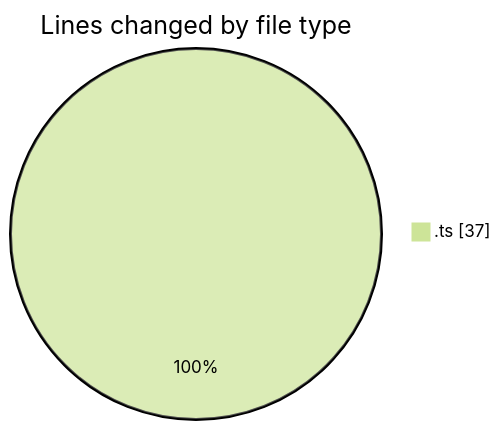
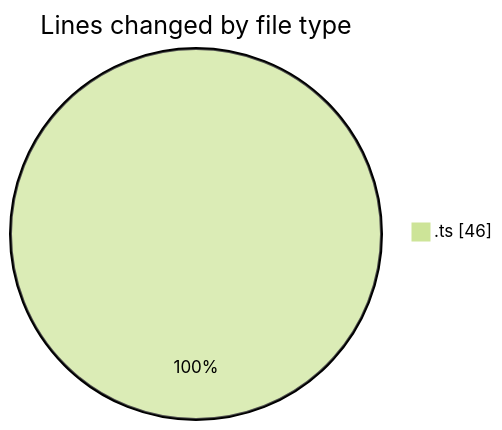
The first of 2 diagrams in 2025-02-08/maps_clone/README.md (donsfak/code-tracking), drawn with Mermaid (forest theme) before and after one commit. The commit also changed other lines of this file and 1 other file, not shown here.

````diff
--- a/2025-02-08/maps_clone/README.md
+++ b/2025-02-08/maps_clone/README.md
@@ -20,5 +20,5 @@
 ```mermaid
 pie showData
 title Lines changed by file type
-".ts" : 37
+".ts" : 46
 ```
````
